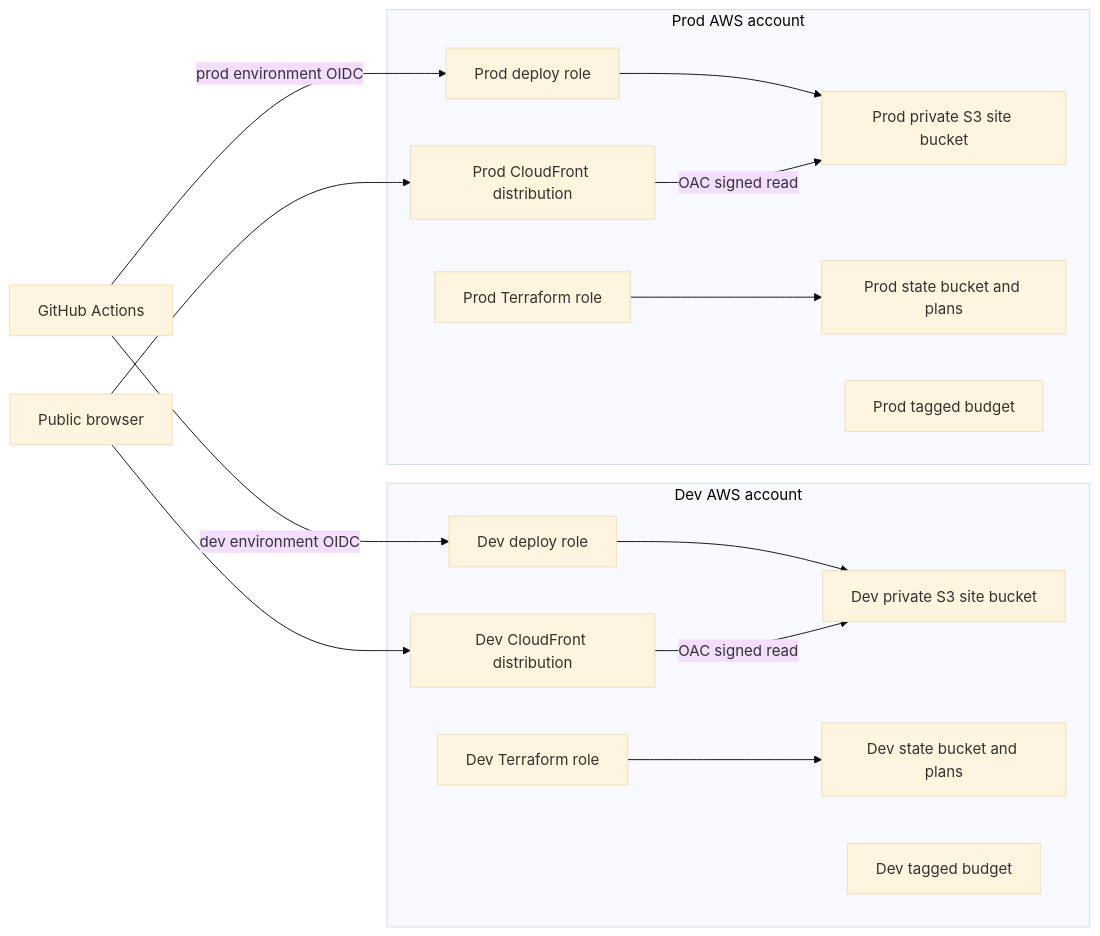
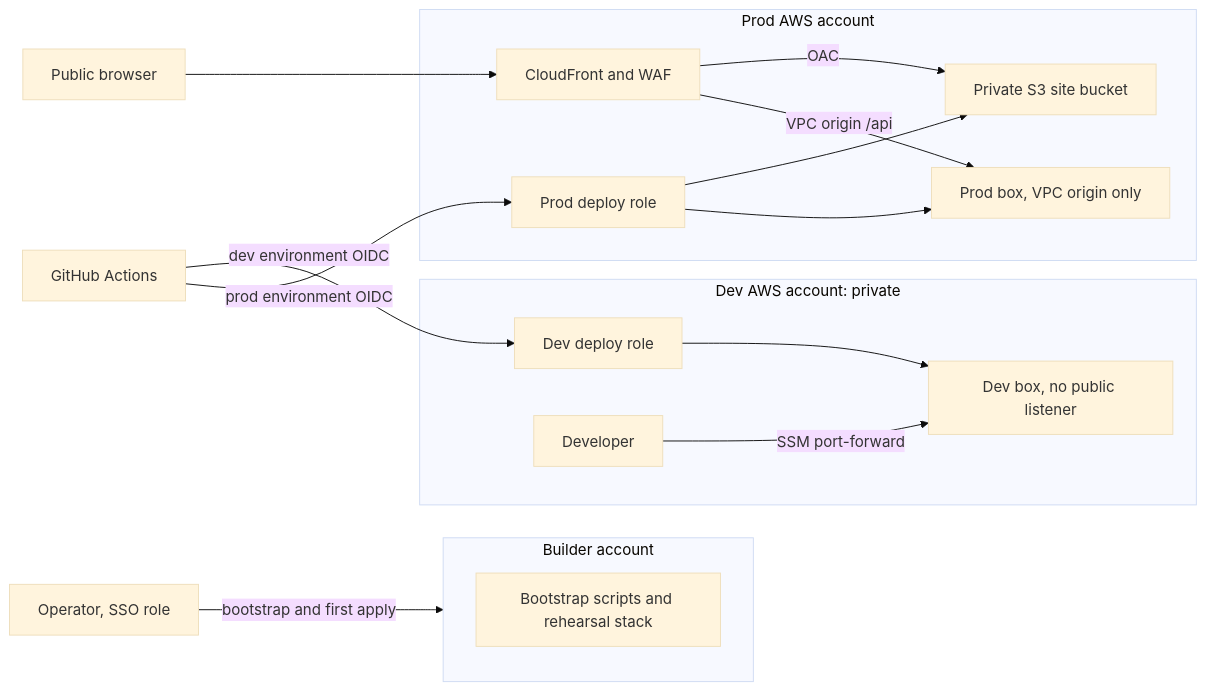
The sixth of 18 diagrams in docs/CI_CD.md (Yale-Undergraduate-Consulting-Group/club-res-website), drawn with Mermaid (base theme) before and after one commit. The commit also changed other lines of this file and 1 other file, not shown here.

Commit message:
Document the merged runtime, private dev, unit-test gates and account vending

````diff
--- a/docs/CI_CD.md
+++ b/docs/CI_CD.md
@@ -245,19 +260,20 @@
 ```mermaid
 flowchart LR
   GH["GitHub Actions"] -->|dev environment OIDC| DR
   GH -->|prod environment OIDC| PR
-  subgraph DEV["Dev AWS account"]
-    DR["Dev deploy role"] --> DS["Dev private S3 site bucket"]
-    DC["Dev CloudFront distribution"] -->|OAC signed read| DS
-    DT["Dev Terraform role"] --> DST["Dev state bucket and plans"]
-    DB["Dev tagged budget"]
+  OP["Operator, SSO role"] -->|bootstrap and first apply| B
+  subgraph B["Builder account"]
+    BS["Bootstrap scripts and rehearsal stack"]
+  end
+  subgraph DEV["Dev AWS account: private"]
+    DR["Dev deploy role"] --> DBOX["Dev box, no public listener"]
+    DEVS["Developer"] -->|"SSM port-forward"| DBOX
   end
   subgraph PROD["Prod AWS account"]
-    PR["Prod deploy role"] --> PS["Prod private S3 site bucket"]
-    PC["Prod CloudFront distribution"] -->|OAC signed read| PS
-    PT["Prod Terraform role"] --> PST["Prod state bucket and plans"]
-    PB["Prod tagged budget"]
+    PR["Prod deploy role"] --> PS["Private S3 site bucket"]
+    PR --> PBOX["Prod box, VPC origin only"]
+    PC["CloudFront and WAF"] -->|OAC| PS
+    PC -->|VPC origin /api| PBOX
   end
-  PUBLIC["Public browser"] --> DC
-  PUBLIC --> PC
+  PUBLIC["Public browser"] --> PC
 ```
````
